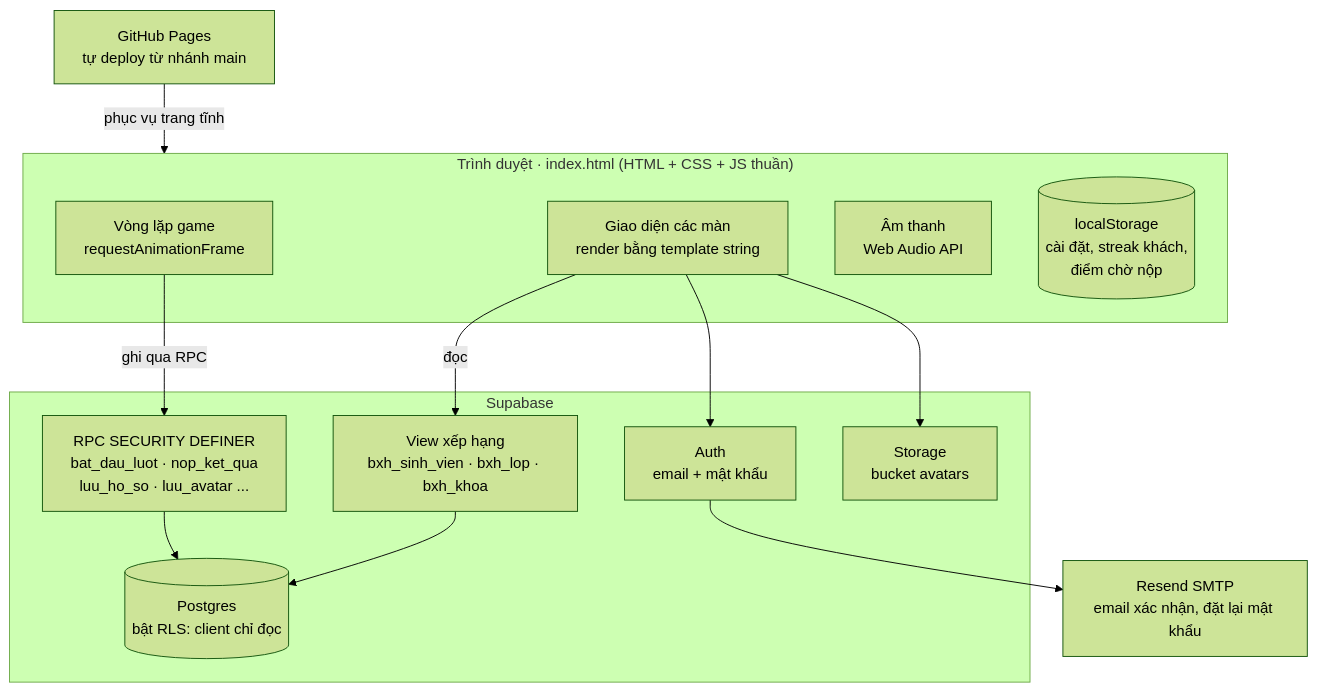
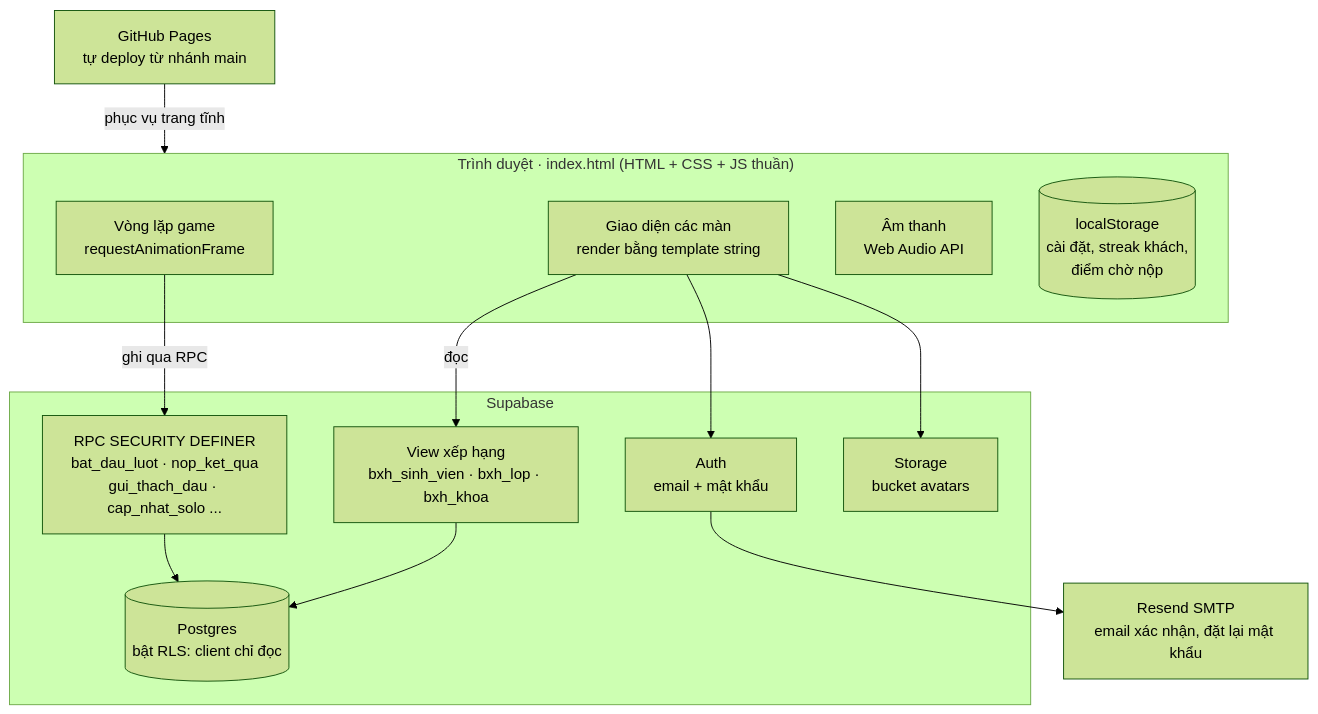
Before and after one commit to phu759042-source/mi-quang-bach-khoa: the second of 2 diagrams in README.md, drawn with Mermaid (forest theme). The commit also changed other lines of this file and 5 other files, not shown here.

````diff
--- a/README.md
+++ b/README.md
@@ -182,27 +201,27 @@
 ```mermaid
 flowchart TB
     subgraph Client["Trình duyệt · index.html (HTML + CSS + JS thuần)"]
         G[Vòng lặp game<br/>requestAnimationFrame]
         UI[Giao diện các màn<br/>render bằng template string]
         A[Âm thanh<br/>Web Audio API]
         L[(localStorage<br/>cài đặt, streak khách,<br/>điểm chờ nộp)]
     end
     subgraph SB["Supabase"]
         AU[Auth<br/>email + mật khẩu]
         DB[(Postgres<br/>bật RLS: client chỉ đọc)]
-        RPC[RPC SECURITY DEFINER<br/>bat_dau_luot · nop_ket_qua<br/>luu_ho_so · luu_avatar ...]
+        RPC[RPC SECURITY DEFINER<br/>bat_dau_luot · nop_ket_qua<br/>gui_thach_dau · cap_nhat_solo ...]
         V[View xếp hạng<br/>bxh_sinh_vien · bxh_lop · bxh_khoa]
         ST[Storage<br/>bucket avatars]
     end
     R[Resend SMTP<br/>email xác nhận, đặt lại mật khẩu]
     GH[GitHub Pages<br/>tự deploy từ nhánh main]
 
     GH -->|phục vụ trang tĩnh| Client
     UI -->|đọc| V
     G -->|ghi qua RPC| RPC
     RPC --> DB
     V --> DB
     UI --> AU
     UI --> ST
     AU --> R
 ```
````
